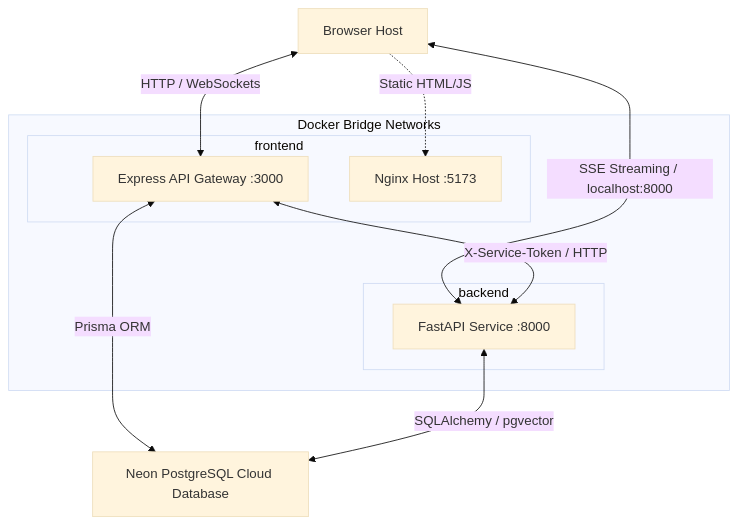
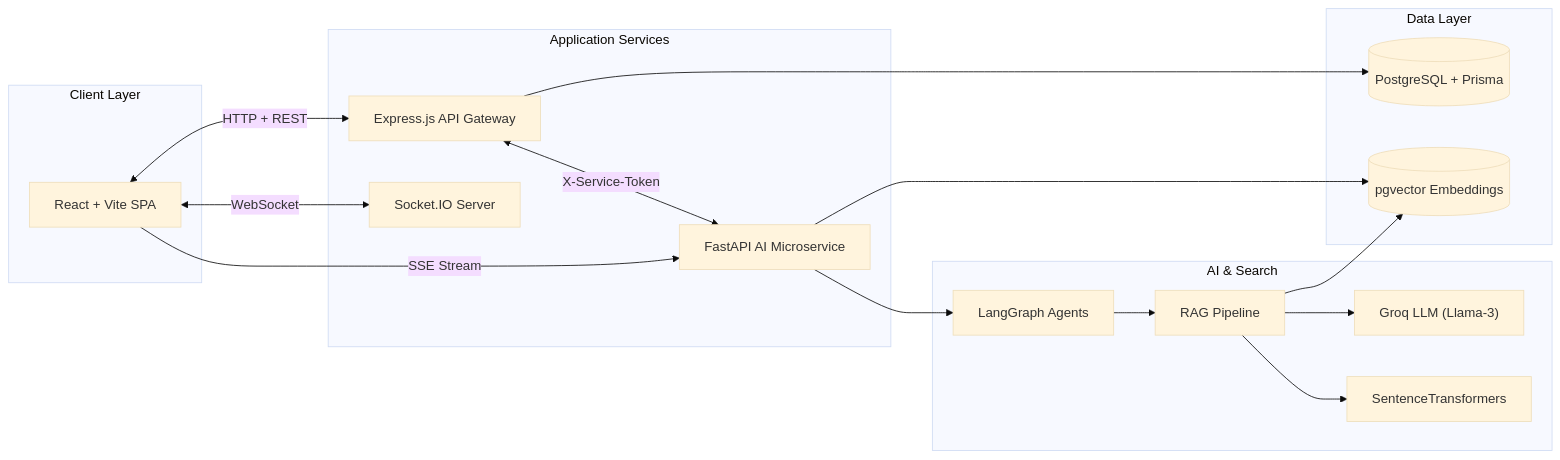
The third of 7 diagrams in README.md (mazen568/teamhub), drawn with Mermaid (base theme) before and after one commit. The commit also changed other lines of this file and 39 other files, not shown here.

First line of the commit message:
docs: rebuild README as visual portfolio with architecture diagrams, animated preview, and curated gallery

````diff
--- a/README.md
+++ b/README.md
@@ -219,20 +150,36 @@
 ```mermaid
-flowchart TD
-    Client[Browser Host] <-->|HTTP / WebSockets| API[Express API Gateway :3000]
-    Client <-->|SSE Streaming / localhost:8000| AI[FastAPI Service :8000]
-    API <-->|Prisma ORM| Neon[Neon PostgreSQL Cloud Database]
-    AI <-->|SQLAlchemy / pgvector| Neon
-    API <-->|X-Service-Token / HTTP| AI
-    Client -.->|Static HTML/JS| Web[Nginx Host :5173]
+flowchart LR
+  subgraph CLIENT["Client Layer"]
+    WEB["React + Vite SPA"]
+  end
 
-    subgraph Docker Bridge Networks
-        subgraph frontend
-            Web
-            API
-        end
-        subgraph backend
-            API
-            AI
-        end
-    end
+  subgraph SERVICES["Application Services"]
+    API["Express.js API Gateway"]
+    SOCKET["Socket.IO Server"]
+    AI["FastAPI AI Microservice"]
+  end
+
+  subgraph DATA["Data Layer"]
+    DB[("PostgreSQL + Prisma")]
+    VECTOR[("pgvector Embeddings")]
+  end
+
+  subgraph INTELLIGENCE["AI & Search"]
+    GRAPH["LangGraph Agents"]
+    RAG["RAG Pipeline"]
+    LLM["Groq LLM (Llama-3)"]
+    EMB["SentenceTransformers"]
+  end
+
+  WEB <-->|HTTP + REST| API
+  WEB <-->|WebSocket| SOCKET
+  WEB -->|SSE Stream| AI
+  API --> DB
+  API <-->|X-Service-Token| AI
+  AI --> VECTOR
+  AI --> GRAPH
+  GRAPH --> RAG
+  RAG --> EMB
+  RAG --> VECTOR
+  RAG --> LLM
 ```
````
